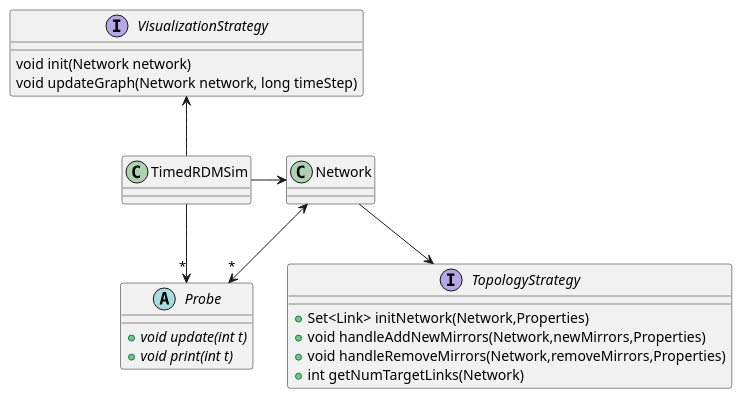
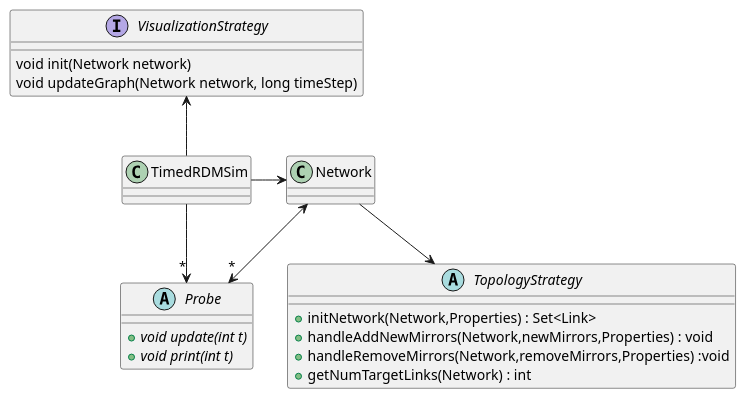
The diagram in doc/models/variability.puml (sebastiangoetz/LRDMSimulator), drawn with PlantUML before and after one commit. The commit also changed 67 other files, not shown here.

```diff
--- a/doc/models/variability.puml
+++ b/doc/models/variability.puml
@@ -1,32 +1,32 @@
 @startuml
 'https://plantuml.com/class-diagram
 
 class TimedRDMSim
 
 class Network
 
 interface VisualizationStrategy {
     void init(Network network)
     void updateGraph(Network network, long timeStep)
 }
 
-interface TopologyStrategy
+abstract class TopologyStrategy
 {
-    + Set<Link> initNetwork(Network,Properties)
-    + void handleAddNewMirrors(Network,newMirrors,Properties)
-    + void handleRemoveMirrors(Network,removeMirrors,Properties)
-    + int getNumTargetLinks(Network)
+    + initNetwork(Network,Properties) : Set<Link>
+    + handleAddNewMirrors(Network,newMirrors,Properties) : void
+    + handleRemoveMirrors(Network,removeMirrors,Properties) :void
+    + getNumTargetLinks(Network) : int
 }
 
 abstract class Probe
 {
   + {abstract} void update(int t)
   + {abstract} void print(int t)
 }
 
 TimedRDMSim -> Network
 Network --> TopologyStrategy
 VisualizationStrategy <-- TimedRDMSim
 TimedRDMSim --> "*" Probe
 Network <--> "*" Probe
 @enduml
```
